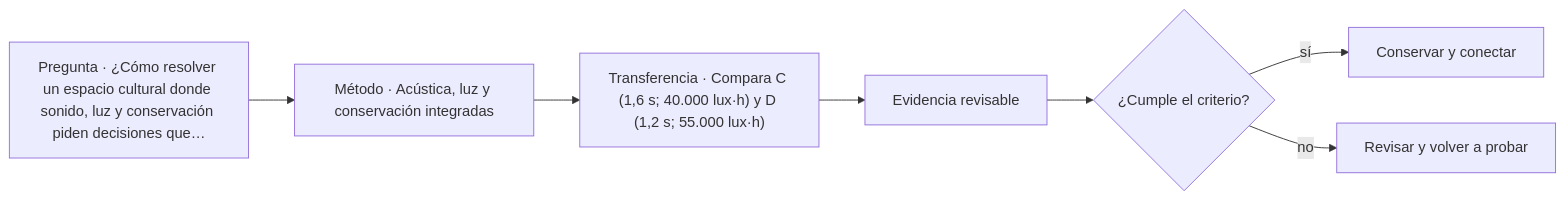
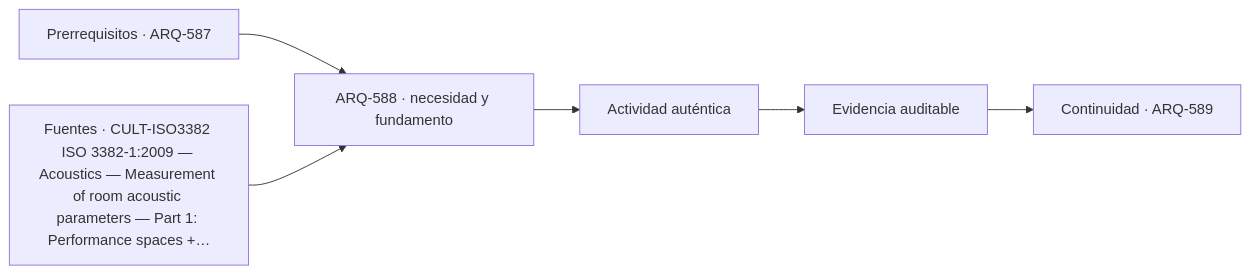
The diagram in classes/parte-59/ARQ-588.md (vladimiracunadev-create/architecture-built-environment-learning-program), drawn with Mermaid before and after one commit. The commit also changed other lines of this file and 761 other files, not shown here.

````diff
--- a/classes/parte-59/ARQ-588.md
+++ b/classes/parte-59/ARQ-588.md
@@ -93,9 +105,8 @@
 ```mermaid
 flowchart LR
-    Q["Pregunta · ¿Cómo resolver un espacio cultural donde sonido, luz y conservación piden decisiones que…"] --> M["Método · Acústica, luz y conservación integradas"]
-    M --> P["Transferencia · Compara C (1,6 s; 40.000 lux·h) y D (1,2 s; 55.000 lux·h)"]
-    P --> E["Evidencia revisable"]
-    E --> C{"¿Cumple el criterio?"}
-    C -->|sí| T["Conservar y conectar"]
-    C -->|no| R["Revisar y volver a probar"]
+    A["Prerrequisitos · ARQ-587"] --> B["ARQ-588 · necesidad y fundamento"]
+    S["Fuentes · CULT-ISO3382 ISO 3382-1:2009 — Acoustics — Measurement of room acoustic parameters — Part 1: Performance spaces +…"] --> B
+    B --> C["Actividad auténtica"]
+    C --> D["Evidencia auditable"]
+    D --> E["Continuidad · ARQ-589"]
 ```
````
